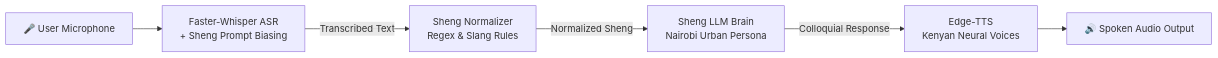
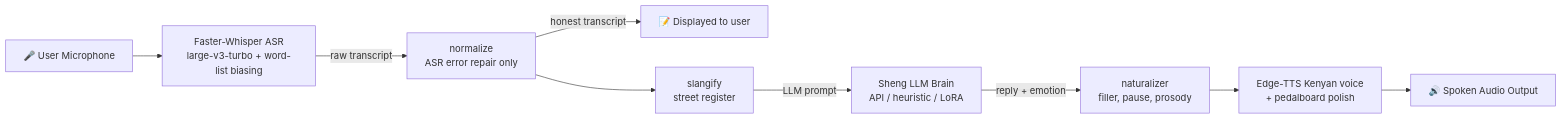
One commit to NjugunaWilfred-01/Sheng-TTS-model changed the diagram in README.md. Above: the diagram before and after it, drawn with Mermaid. The commit also changed other lines of this file and 1590 other files, not shown here.

First line of the commit message:
fix: audit hardening — ASR decoder, text pipeline split, de-canned brain, demo blockers

````diff
--- a/README.md
+++ b/README.md
@@ -9,8 +9,11 @@
 ```mermaid
 flowchart LR
-    A[🎤 User Microphone] --> B[Faster-Whisper ASR<br/>+ Sheng Prompt Biasing]
-    B -->|Transcribed Text| C[Sheng Normalizer<br/>Regex & Slang Rules]
-    C -->|Normalized Sheng| D[Sheng LLM Brain<br/>Nairobi Urban Persona]
-    D -->|Colloquial Response| E[Edge-TTS<br/>Kenyan Neural Voices]
-    E --> F[🔊 Spoken Audio Output]
+    A[🎤 User Microphone] --> B[Faster-Whisper ASR<br/>large-v3-turbo + word-list biasing]
+    B -->|raw transcript| C[normalize<br/>ASR error repair only]
+    C -->|honest transcript| G[📝 Displayed to user]
+    C --> D[slangify<br/>street register]
+    D -->|LLM prompt| E[Sheng LLM Brain<br/>API / heuristic / LoRA]
+    E -->|reply + emotion| F[naturalizer<br/>filler, pause, prosody]
+    F --> H[Edge-TTS Kenyan voice<br/>+ pedalboard polish]
+    H --> I[🔊 Spoken Audio Output]
 ```
````
